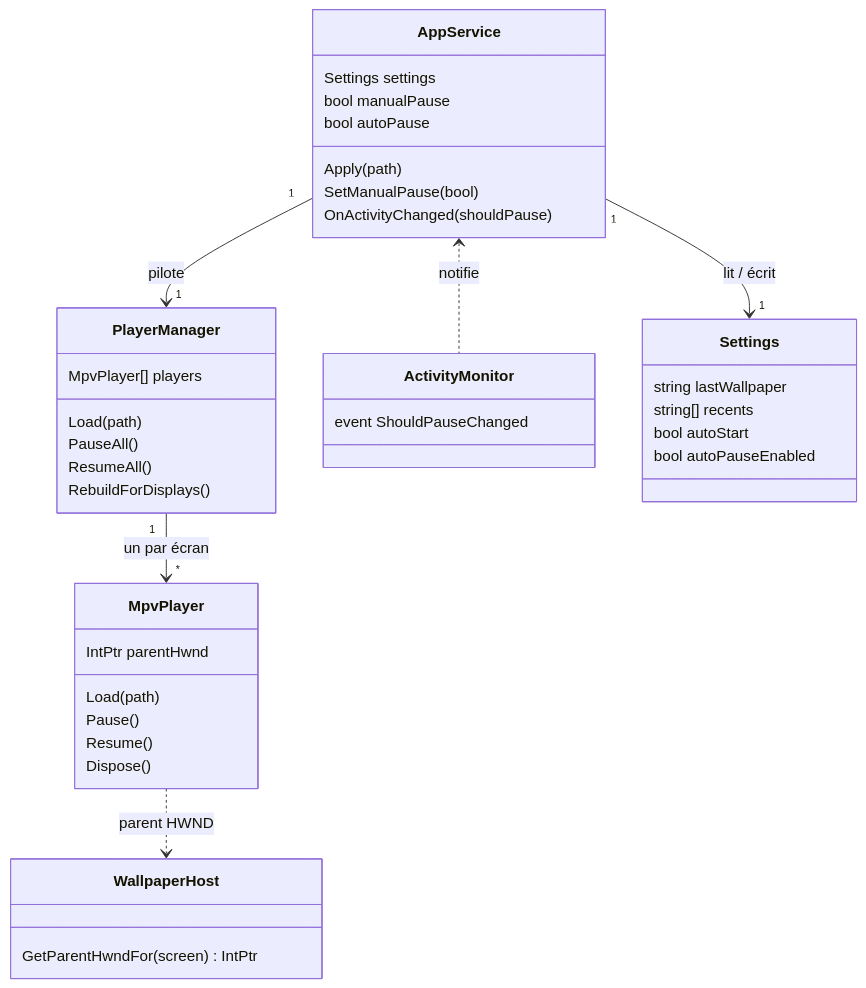
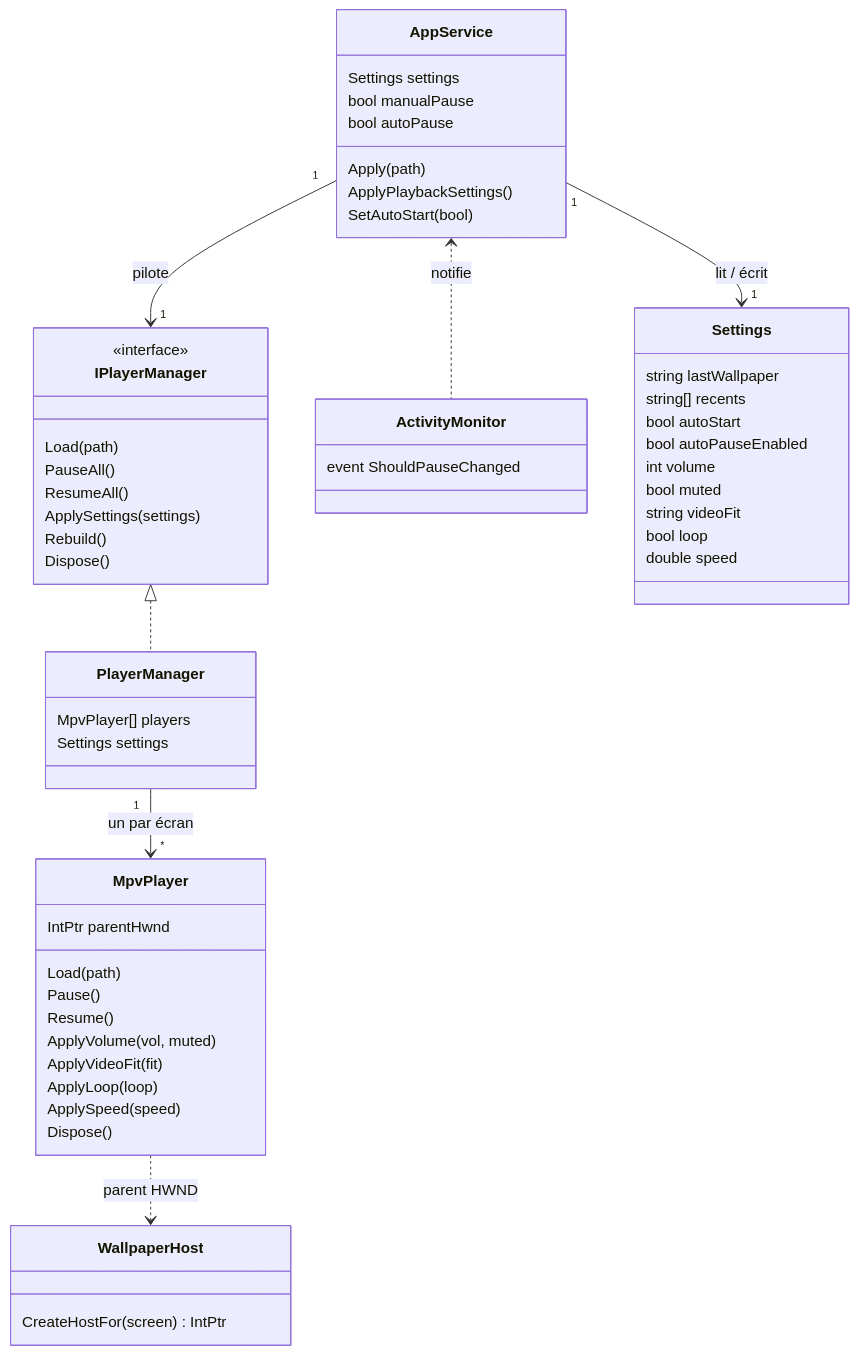
One commit to KevinT78/wallflow changed the first of 4 diagrams in docs/ARCHITECTURE-TECHNIQUE.md. Above: the diagram before and after it, drawn with Mermaid. The commit also changed other lines of this file and 2 other files, not shown here.

Commit message:
docs: sync reglages de lecture (glossaire, vue produit, architecture)

````diff
--- a/docs/ARCHITECTURE-TECHNIQUE.md
+++ b/docs/ARCHITECTURE-TECHNIQUE.md
@@ -32,42 +33,58 @@
 ```mermaid
 classDiagram
+    class IPlayerManager {
+        <<interface>>
+        Load(path)
+        PauseAll()
+        ResumeAll()
+        ApplySettings(settings)
+        Rebuild()
+        Dispose()
+    }
     class AppService {
         Settings settings
         bool manualPause
         bool autoPause
         Apply(path)
-        SetManualPause(bool)
-        OnActivityChanged(shouldPause)
+        ApplyPlaybackSettings()
+        SetAutoStart(bool)
     }
     class PlayerManager {
         MpvPlayer[] players
-        Load(path)
-        PauseAll()
-        ResumeAll()
-        RebuildForDisplays()
+        Settings settings
     }
     class MpvPlayer {
         IntPtr parentHwnd
         Load(path)
         Pause()
         Resume()
+        ApplyVolume(vol, muted)
+        ApplyVideoFit(fit)
+        ApplyLoop(loop)
+        ApplySpeed(speed)
         Dispose()
     }
     class WallpaperHost {
-        GetParentHwndFor(screen) IntPtr
+        CreateHostFor(screen) IntPtr
     }
     class ActivityMonitor {
         event ShouldPauseChanged
     }
     class Settings {
         string lastWallpaper
         string[] recents
         bool autoStart
         bool autoPauseEnabled
+        int volume
+        bool muted
+        string videoFit
+        bool loop
+        double speed
     }
-    AppService "1" --> "1" PlayerManager : pilote
+    IPlayerManager <|.. PlayerManager
+    AppService "1" --> "1" IPlayerManager : pilote
     AppService "1" --> "1" Settings : lit / écrit
     AppService <.. ActivityMonitor : notifie
     PlayerManager "1" --> "*" MpvPlayer : un par écran
     MpvPlayer ..> WallpaperHost : parent HWND
 ```
````
